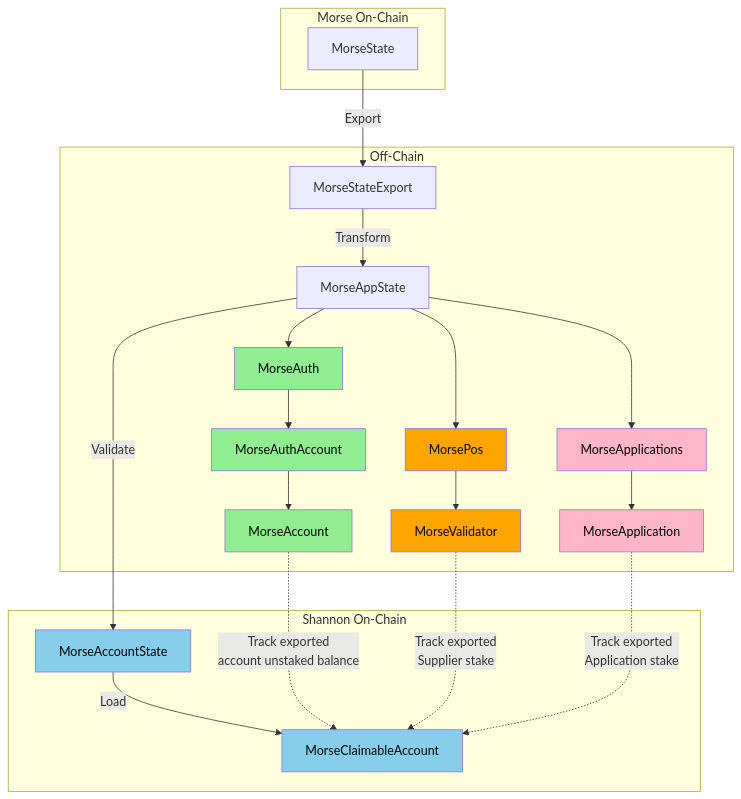
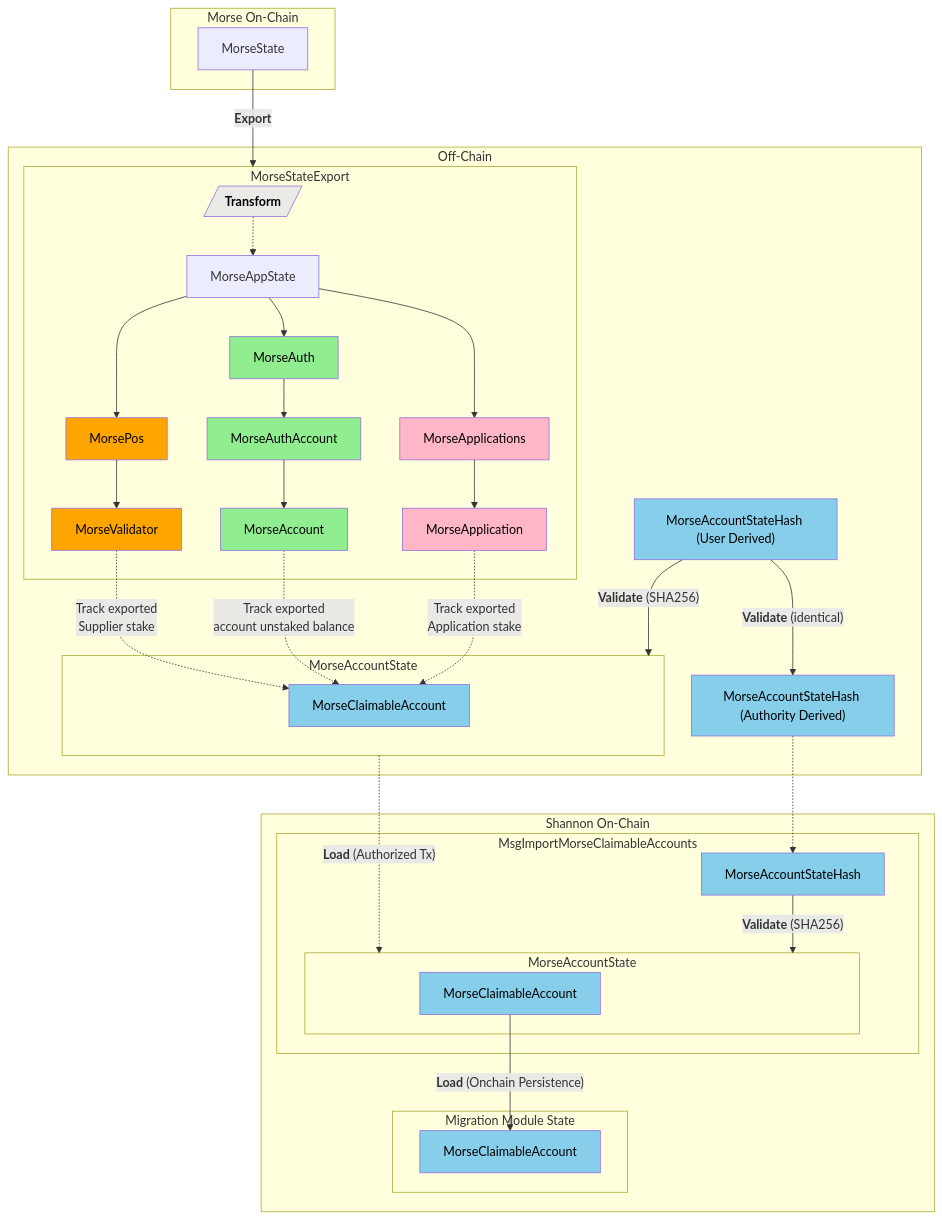
Before and after one commit to pokt-network/poktroll: the second of 2 diagrams in docusaurus/docs/operate/morse_migration/overview.md, drawn with Mermaid. The commit also changed other lines of this file, not shown here.

Commit message:
Apply suggestions from code review

````diff
--- a/docusaurus/docs/operate/morse_migration/overview.md
+++ b/docusaurus/docs/operate/morse_migration/overview.md
@@ -141,39 +141,50 @@
 ```mermaid
-flowchart
-
-  subgraph OncMorse[Morse On-Chain]
-    MorseState
-  end
-
-  MorseState --> | Export | MorseStateExport
-
-  subgraph OffC[Off-Chain]
-    MorseStateExport --> | Transform | MorseAppState
-    MorseAppState --> MorseApplications:::application
-    MorseAppState --> MorseAuth:::account
-    MorseAppState --> MorsePos:::supplier
-    MorseApplications:::application --> MorseApplication:::application
-    MorseAuth:::account --> MorseAuthAccount:::account
-    MorseAuthAccount:::account --> MAOff[MorseAccount]:::account
-    MorsePos:::supplier --> MorseValidator:::supplier
-  end
-
-
-  subgraph OnC[Shannon On-Chain]
-    MorseAccountState:::general
-    MorseAccountState:::general --> |Load| MAOn
-    MAOn[MorseClaimableAccount]:::general
-  end
-
-  MorseAppState --> |Validate| MorseAccountState
-
-
-  MAOff -.Track exported <br> account unstaked balance..-> MAOn
-  MorseValidator:::supplier -.Track exported <br> Supplier stake.-> MAOn
-  MorseApplication:::application -.Track exported <br> Application stake.-> MAOn
-
-  classDef account fill:#90EE90,color:#000
-  classDef supplier fill:#FFA500,color:#000
-  classDef application fill:#FFB6C6,color:#000
-  classDef general fill:#87CEEB,color:#000
+  flowchart
+    subgraph OncMorse[Morse On-Chain]
+        MorseState
+    end
+    MorseState --> |<b>Export</b>| MorseStateExport
+    subgraph OffC[Off-Chain]
+        subgraph MorseStateExport
+            tf[/<b>Transform</b>/]:::grey
+            tf -.-> MorseAppState
+            MorseAppState --> MorseApplications:::application
+            MorseAppState --> MorseAuth:::account
+            MorseAppState --> MorsePos:::supplier
+            MorseApplications:::application --> MorseApplication:::application
+            MorseAuth:::account --> MorseAuthAccount:::account
+            MorseAuthAccount:::account --> MAccOff[MorseAccount]:::account
+            MorsePos:::supplier --> MorseValidator:::supplier
+        end
+        subgraph MASOff[MorseAccountState]
+            MAOff[MorseClaimableAccount]:::general
+        end
+        MAOnHA["MorseAccountStateHash (Authority Derived)"]:::general
+        MAOnHU["MorseAccountStateHash (User Derived)"]:::general
+        MAOnHU --> |"<b>Validate</b> (identical)"| MAOnHA
+        MAOnHU --> |"<b>Validate</b> (SHA256)"| MASOff
+    end
+    subgraph OnC[Shannon On-Chain]
+        subgraph MI[MsgImportMorseClaimableAccounts]
+            subgraph MASOn[MorseAccountState]
+                MAOn2[MorseClaimableAccount]:::general
+            end
+            MAOnH[MorseAccountStateHash]:::general
+            MAOnH --> |"<b>Validate</b> (SHA256)"| MASOn
+        end
+        subgraph MM[Migration Module State]
+            MAOn3[MorseClaimableAccount]:::general
+            MAOn2 --> |"<b>Load</b> (Onchain Persistence)"| MAOn3
+        end
+    end
+    MASOff -..-> |"<b>Load</b> (Authorized Tx)"| MASOn
+    MAOnHA -.-> MAOnH
+    MAccOff -.-> |Track exported <br> account unstaked balance| MAOff
+    MorseValidator:::supplier -.-> |Track exported <br> Supplier stake| MAOff
+    MorseApplication:::application -.-> |Track exported <br> Application stake| MAOff
+    classDef account fill:#90EE90,color:#000
+    classDef supplier fill:#FFA500,color:#000
+    classDef application fill:#FFB6C6,color:#000
+    classDef general fill:#87CEEB,color:#000
+    classDef grey fill:#EAEAE7,color:#000
 ```
````
